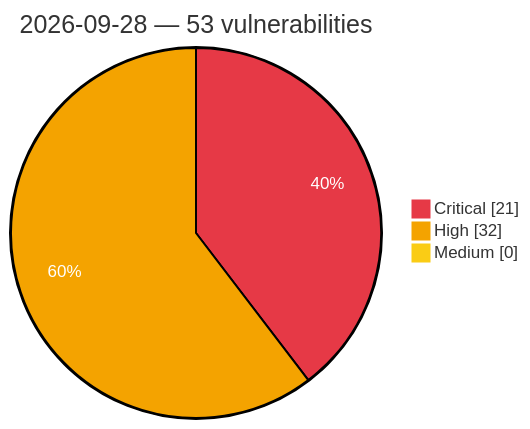
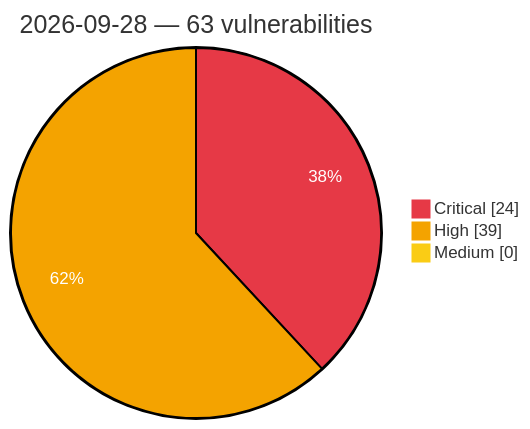
One commit to GhostX0X/vuln-tracker changed the diagram in vulnerabilities/2026/September/2026-09-28.md. Above: the diagram before and after it, drawn with Mermaid. The commit also changed other lines of this file and 5 other files, not shown here.

Commit message:
Auto update: critical/high vulns (2026-09-29 00:33 UTC)

````diff
--- a/vulnerabilities/2026/September/2026-09-28.md
+++ b/vulnerabilities/2026/September/2026-09-28.md
@@ -3,8 +3,8 @@
 ```mermaid
 %%{init: {'theme':'base', 'themeVariables': {'pie1':'#e63946', 'pie2':'#f4a300', 'pie3':'#facc15', 'pieOpacity':'1', 'pieOuterStrokeWidth':'2px', 'pieSectionTextColor':'#ffffff'}}}%%
 pie showData
-    title 2026-09-28 — 53 vulnerabilities
-    "Critical" : 21
-    "High" : 32
+    title 2026-09-28 — 63 vulnerabilities
+    "Critical" : 24
+    "High" : 39
     "Medium" : 0
 ```
````
